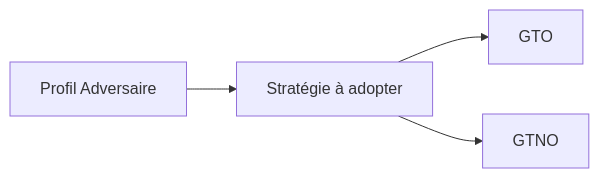
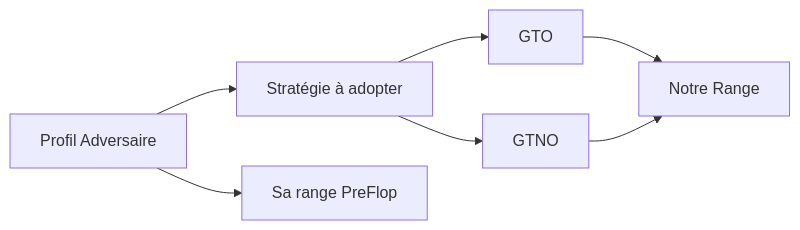
One commit to greglejeune/blog changed the diagram in _posts/2020-01-23-thinking-process.md. Above: the diagram before and after it, drawn with Mermaid.

```diff
--- a/_posts/2020-01-23-thinking-process.md
+++ b/_posts/2020-01-23-thinking-process.md
@@ -21,6 +21,9 @@
   <div class="mermaid">
     graph LR
       A[Profil Adversaire] --> S[Stratégie à adopter]
       S --> GTO
       S --> GTNO
+      GTO --> N[Notre Range]
+      GTNO --> N
+      A --> R[Sa range PreFlop]
   </div>
```
